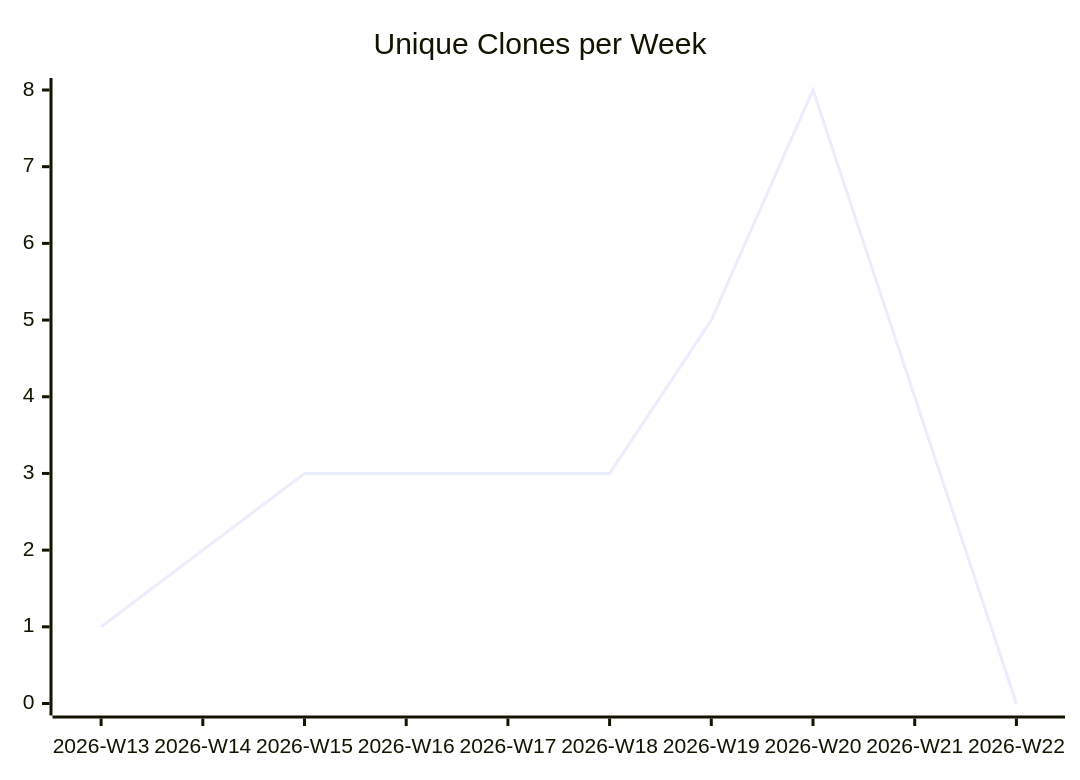
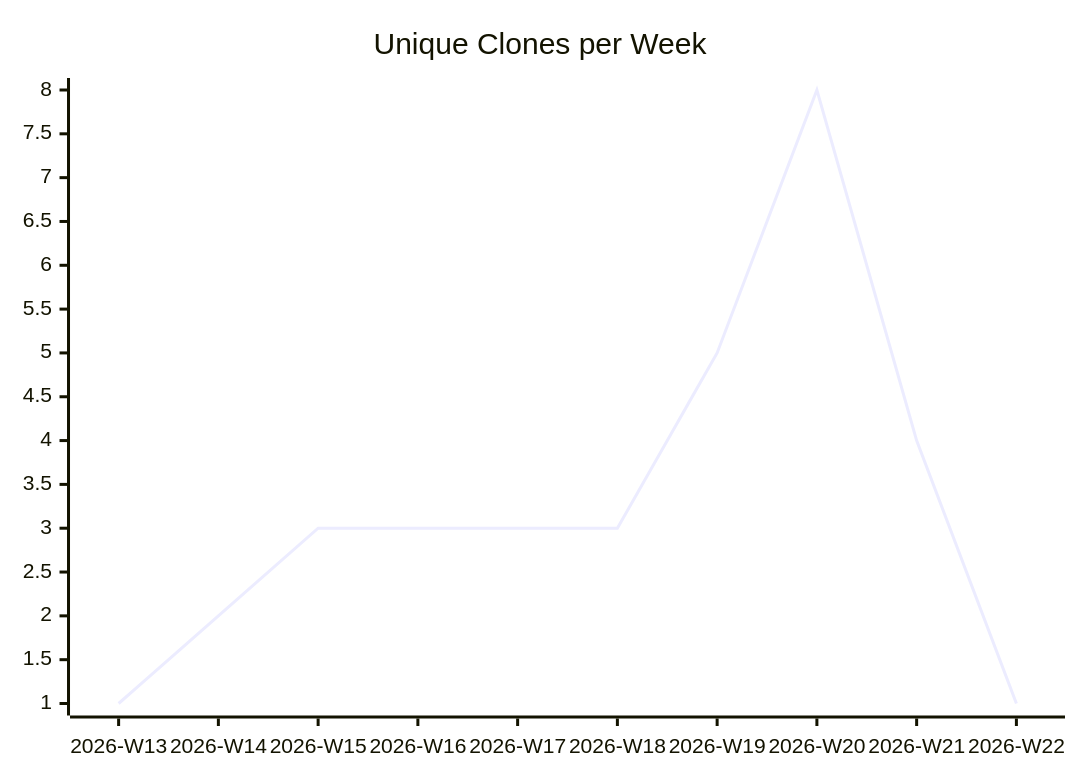
The third of 3 diagrams in karlmdavis/xmlpull/README.md (justdavis-family/github-analytics-data), drawn with Mermaid before and after one commit. The commit also changed other lines of this file and 191 other files, not shown here.

````diff
--- a/karlmdavis/xmlpull/README.md
+++ b/karlmdavis/xmlpull/README.md
@@ -19,6 +19,6 @@
 ```mermaid
 xychart-beta
   title "Unique Clones per Week"
   x-axis ["2026-W13", "2026-W14", "2026-W15", "2026-W16", "2026-W17", "2026-W18", "2026-W19", "2026-W20", "2026-W21", "2026-W22"]
-  line [1, 2, 3, 3, 3, 3, 5, 8, 4, 0]
+  line [1, 2, 3, 3, 3, 3, 5, 8, 4, 1]
 ```
````
